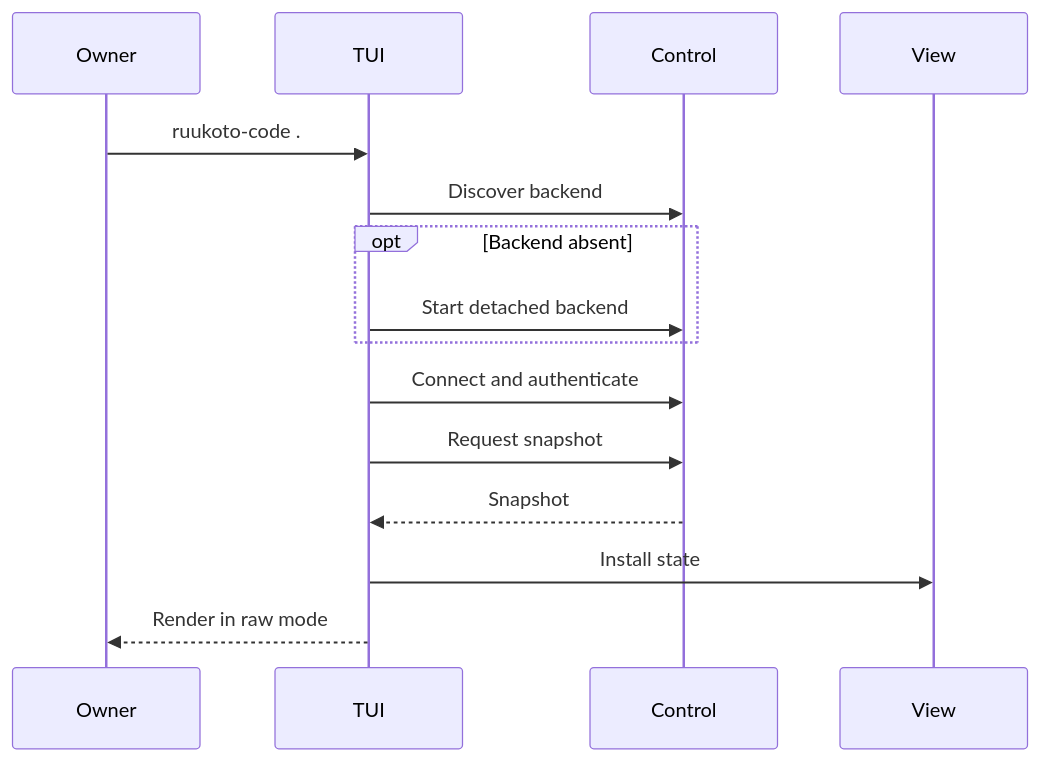
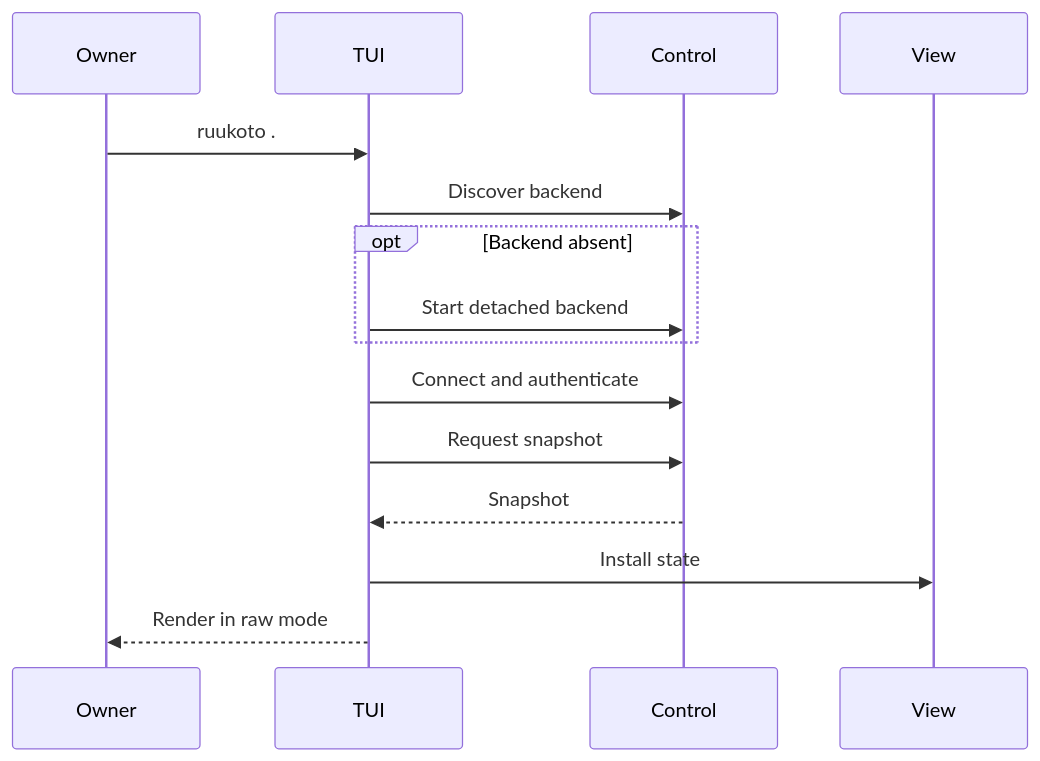
Before and after one commit to num-lab/Ruukoto: the diagram in docs/modules/tui.md, drawn with Mermaid. The commit also changed other lines of this file and 977 other files, not shown here.

````diff
--- a/docs/modules/tui.md
+++ b/docs/modules/tui.md
@@ -53,17 +53,17 @@
 ```mermaid
 sequenceDiagram
   participant Owner
   participant TUI
   participant Control
   participant View
-  Owner->>TUI: ruukoto-code .
+  Owner->>TUI: ruukoto .
   TUI->>Control: Discover backend
   opt Backend absent
     TUI->>Control: Start detached backend
   end
   TUI->>Control: Connect and authenticate
   TUI->>Control: Request snapshot
   Control-->>TUI: Snapshot
   TUI->>View: Install state
   TUI-->>Owner: Render in raw mode
 ```
````
